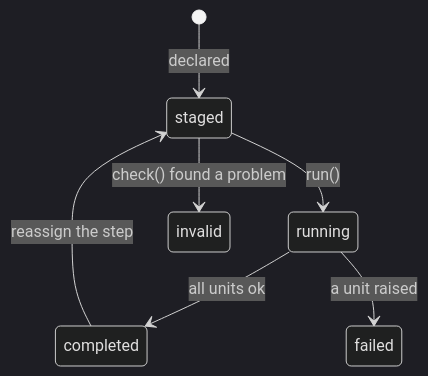
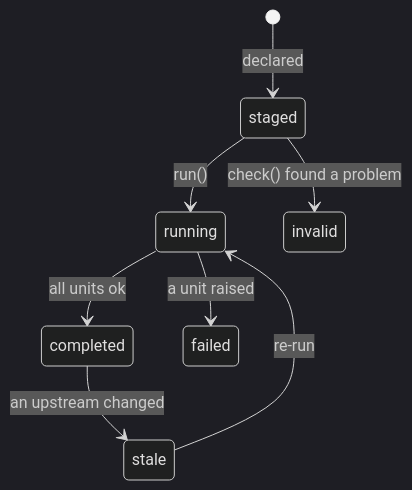
Before and after one commit to stusynakowski/simple-steps-core: the third of 4 diagrams in docs/object-model.md, drawn with Mermaid (dark theme). The commit also changed other lines of this file and 4 other files, not shown here.

````diff
--- a/docs/object-model.md
+++ b/docs/object-model.md
@@ -194,9 +194,10 @@
 ```mermaid
 stateDiagram-v2
     [*] --> staged : declared
     staged --> running : run()
     running --> completed : all units ok
     running --> failed : a unit raised
     staged --> invalid : check() found a problem
-    completed --> staged : reassign the step
+    completed --> stale : an upstream changed
+    stale --> running : re-run
 ```
````
